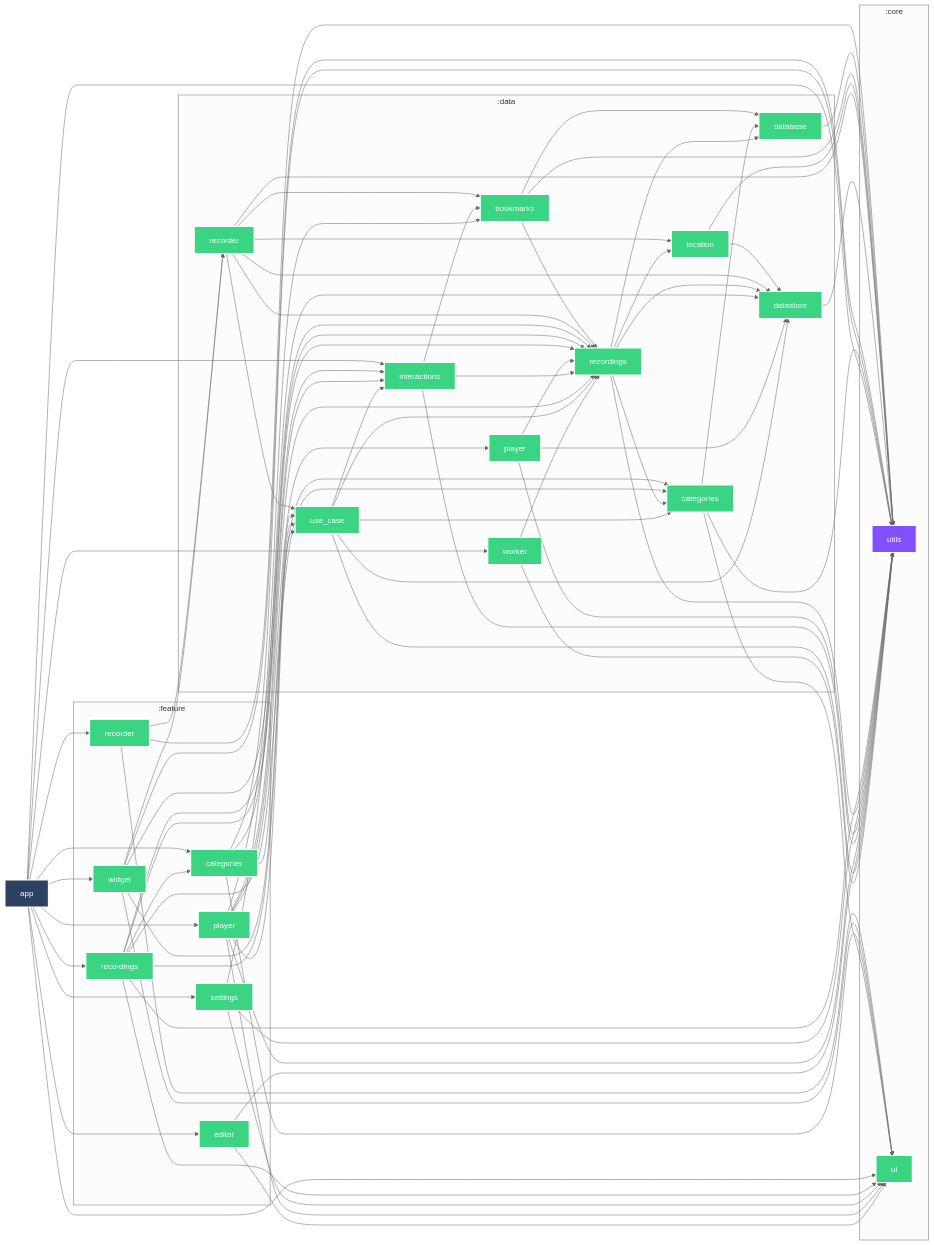
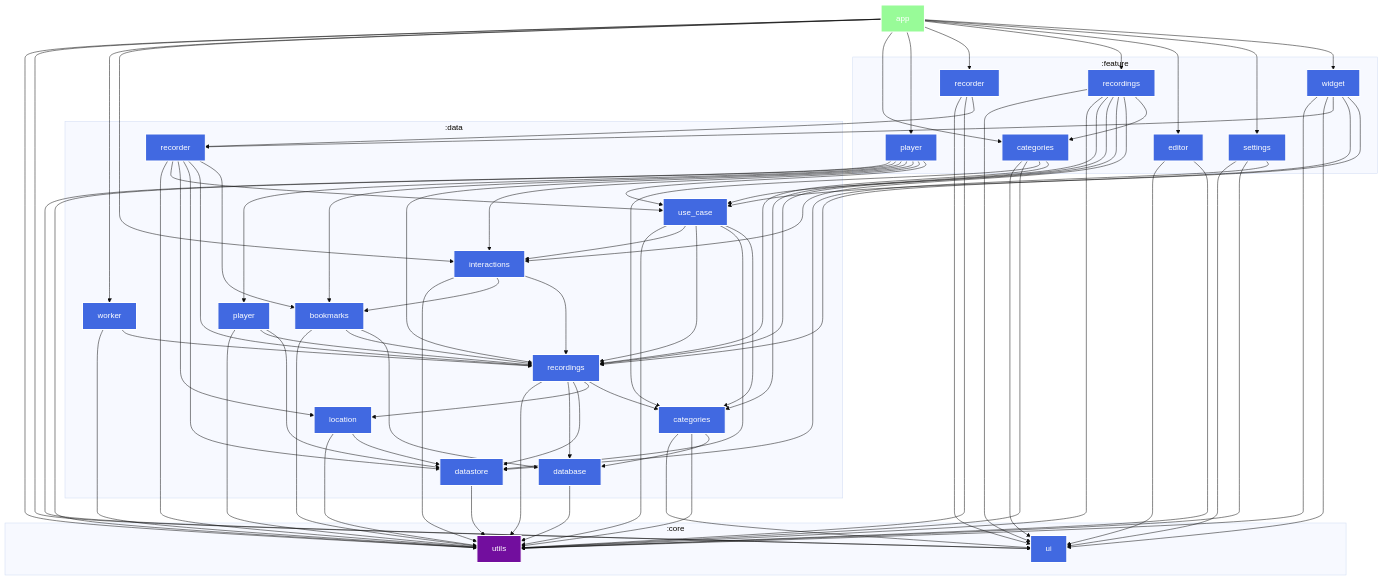
Before and after one commit to tuuhin/RecorderApp: the diagram in module_graph.md, drawn with Mermaid. The commit also changed 90 other files, not shown here.

Commit message:
Removed res files from app. Removed drawable,color,dimen string resources from app ,theme and mipmap  is kept as it will be used by the splash and app icon. AppInfoDialog.kt need to reference ui module for resources. Module graph configuration changed a bit.

````diff
--- a/module_graph.md
+++ b/module_graph.md
@@ -3,44 +3,47 @@
 ```mermaid
 %%{
   init: {
-    'theme': 'neutral'
+    'theme': 'base'
   }
 }%%
 
-graph LR
+graph TB
   :app["app"]
   subgraph :data
-    :data:worker["worker"]
+    :data:bookmarks["bookmarks"]
     :data:recordings["recordings"]
+    :data:database["database"]
+    :data:recorder["recorder"]
+    :data:use_case["use_case"]
+    :data:location["location"]
+    :data:datastore["datastore"]
+    :data:bookmarks["bookmarks"]
+    :data:categories["categories"]
+    :data:recorder["recorder"]
+    :data:location["location"]
     :data:use_case["use_case"]
     :data:interactions["interactions"]
+    :data:categories["categories"]
+    :data:worker["worker"]
+    :data:player["player"]
+    :data:database["database"]
+    :data:recordings["recordings"]
+    :data:worker["worker"]
     :data:datastore["datastore"]
-    :data:categories["categories"]
-    :data:player["player"]
-    :data:bookmarks["bookmarks"]
-    :data:use_case["use_case"]
     :data:interactions["interactions"]
     :data:player["player"]
-    :data:recordings["recordings"]
-    :data:database["database"]
-    :data:location["location"]
-    :data:worker["worker"]
-    :data:categories["categories"]
-    :data:recorder["recorder"]
-    :data:datastore["datastore"]
-    :data:recorder["recorder"]
-    :data:location["location"]
-    :data:bookmarks["bookmarks"]
-    :data:database["database"]
   end
   subgraph :core
     :core:utils["utils"]
     :core:ui["ui"]
   end
   subgraph :feature
+    :feature:settings["settings"]
+    :feature:widget["widget"]
+    :feature:recorder["recorder"]
+    :feature:player["player"]
+    :feature:categories["categories"]
     :feature:editor["editor"]
-    :feature:player["player"]
-    :feature:settings["settings"]
     :feature:recordings["recordings"]
     :feature:categories["categories"]
     :feature:player["player"]
@@ -49,20 +52,40 @@
     :feature:editor["editor"]
     :feature:settings["settings"]
     :feature:widget["widget"]
-    :feature:categories["categories"]
-    :feature:widget["widget"]
-    :feature:recorder["recorder"]
   end
 
-  :data:worker --> :core:utils
-  :data:worker --> :data:recordings
+  :data:bookmarks --> :core:utils
+  :data:bookmarks --> :data:recordings
+  :data:bookmarks --> :data:database
+  :data:recorder --> :core:utils
+  :data:recorder --> :data:use_case
+  :data:recorder --> :data:location
+  :data:recorder --> :data:datastore
+  :data:recorder --> :data:recordings
+  :data:recorder --> :data:bookmarks
+  :data:categories --> :core:ui
+  :data:categories --> :core:utils
+  :data:categories --> :data:database
+  :feature:settings --> :core:ui
+  :feature:settings --> :core:utils
+  :feature:settings --> :data:datastore
+  :feature:widget --> :core:utils
+  :feature:widget --> :core:ui
+  :feature:widget --> :data:recorder
+  :feature:widget --> :data:recordings
+  :feature:widget --> :data:use_case
+  :data:location --> :core:utils
+  :data:location --> :data:datastore
+  :feature:recorder --> :core:ui
+  :feature:recorder --> :core:utils
+  :feature:recorder --> :data:recorder
   :data:use_case --> :core:utils
   :data:use_case --> :data:interactions
   :data:use_case --> :data:recordings
   :data:use_case --> :data:datastore
   :data:use_case --> :data:categories
-  :feature:editor --> :core:ui
-  :feature:editor --> :core:utils
+  :data:worker --> :core:utils
+  :data:worker --> :data:recordings
   :feature:player --> :core:ui
   :feature:player --> :core:utils
   :feature:player --> :data:player
@@ -70,20 +93,13 @@
   :feature:player --> :data:recordings
   :feature:player --> :data:interactions
   :feature:player --> :data:use_case
-  :data:interactions --> :core:utils
-  :data:interactions --> :data:bookmarks
-  :data:interactions --> :data:recordings
-  :data:player --> :core:utils
-  :data:player --> :data:recordings
-  :data:player --> :data:datastore
-  :feature:settings --> :core:ui
-  :feature:settings --> :core:utils
-  :feature:settings --> :data:datastore
-  :data:recordings --> :core:utils
-  :data:recordings --> :data:database
-  :data:recordings --> :data:datastore
-  :data:recordings --> :data:location
-  :data:recordings --> :data:categories
+  :feature:categories --> :core:ui
+  :feature:categories --> :core:utils
+  :feature:categories --> :data:categories
+  :feature:categories --> :data:recordings
+  :data:database --> :core:utils
+  :feature:editor --> :core:ui
+  :feature:editor --> :core:utils
   :feature:recordings --> :core:ui
   :feature:recordings --> :core:utils
   :feature:recordings --> :data:categories
@@ -91,6 +107,11 @@
   :feature:recordings --> :data:use_case
   :feature:recordings --> :data:interactions
   :feature:recordings --> :feature:categories
+  :data:recordings --> :core:utils
+  :data:recordings --> :data:database
+  :data:recordings --> :data:datastore
+  :data:recordings --> :data:location
+  :data:recordings --> :data:categories
   :app --> :core:utils
   :app --> :core:ui
   :app --> :data:worker
@@ -102,58 +123,37 @@
   :app --> :feature:editor
   :app --> :feature:settings
   :app --> :feature:widget
-  :data:categories --> :core:ui
-  :data:categories --> :core:utils
-  :data:categories --> :data:database
-  :feature:categories --> :core:ui
-  :feature:categories --> :core:utils
-  :feature:categories --> :data:categories
-  :feature:categories --> :data:recordings
-  :feature:widget --> :core:utils
-  :feature:widget --> :core:ui
-  :feature:widget --> :data:recorder
-  :feature:widget --> :data:recordings
-  :feature:widget --> :data:use_case
   :data:datastore --> :core:utils
-  :data:recorder --> :core:utils
-  :data:recorder --> :data:use_case
-  :data:recorder --> :data:location
-  :data:recorder --> :data:datastore
-  :data:recorder --> :data:recordings
-  :data:recorder --> :data:bookmarks
-  :data:location --> :core:utils
-  :data:location --> :data:datastore
-  :data:bookmarks --> :core:utils
-  :data:bookmarks --> :data:recordings
-  :data:bookmarks --> :data:database
-  :data:database --> :core:utils
-  :feature:recorder --> :core:ui
-  :feature:recorder --> :core:utils
-  :feature:recorder --> :data:recorder
+  :data:interactions --> :core:utils
+  :data:interactions --> :data:bookmarks
+  :data:interactions --> :data:recordings
+  :data:player --> :core:utils
+  :data:player --> :data:recordings
+  :data:player --> :data:datastore
 
-classDef android-library fill:#3BD482,stroke:#fff,stroke-width:2px,color:#fff;
-classDef kotlin-jvm fill:#8150FF,stroke:#fff,stroke-width:2px,color:#fff;
-classDef android-application fill:#2C4162,stroke:#fff,stroke-width:2px,color:#fff;
-class :data:worker android-library
+classDef android-library fill:#4169E1,stroke:#fff,stroke-width:2px,color:#fff;
+classDef kotlin-jvm fill:#720e9e,stroke:#fff,stroke-width:2px,color:#fff;
+classDef android-application fill:#98FB98,stroke:#fff,stroke-width:2px,color:#fff;
+class :data:bookmarks android-library
 class :core:utils kotlin-jvm
 class :data:recordings android-library
+class :data:database android-library
+class :data:recorder android-library
 class :data:use_case android-library
-class :data:interactions android-library
+class :data:location android-library
 class :data:datastore android-library
 class :data:categories android-library
-class :feature:editor android-library
 class :core:ui android-library
+class :feature:settings android-library
+class :feature:widget android-library
+class :feature:recorder android-library
+class :data:interactions android-library
+class :data:worker android-library
 class :feature:player android-library
 class :data:player android-library
-class :data:bookmarks android-library
-class :feature:settings android-library
-class :data:database android-library
-class :data:location android-library
+class :feature:categories android-library
+class :feature:editor android-library
 class :feature:recordings android-library
-class :feature:categories android-library
 class :app android-application
-class :feature:recorder android-library
-class :feature:widget android-library
-class :data:recorder android-library
 
 ```
````
